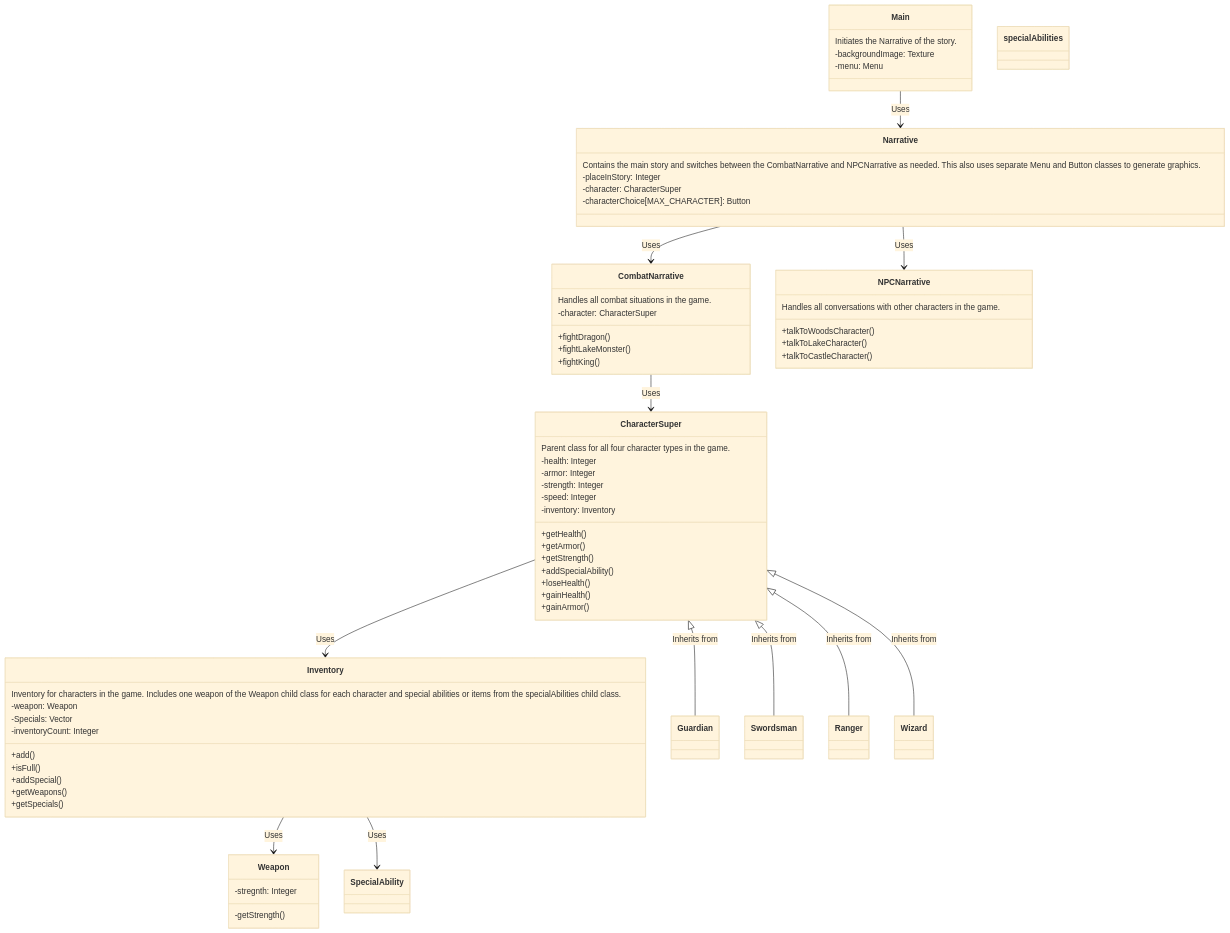
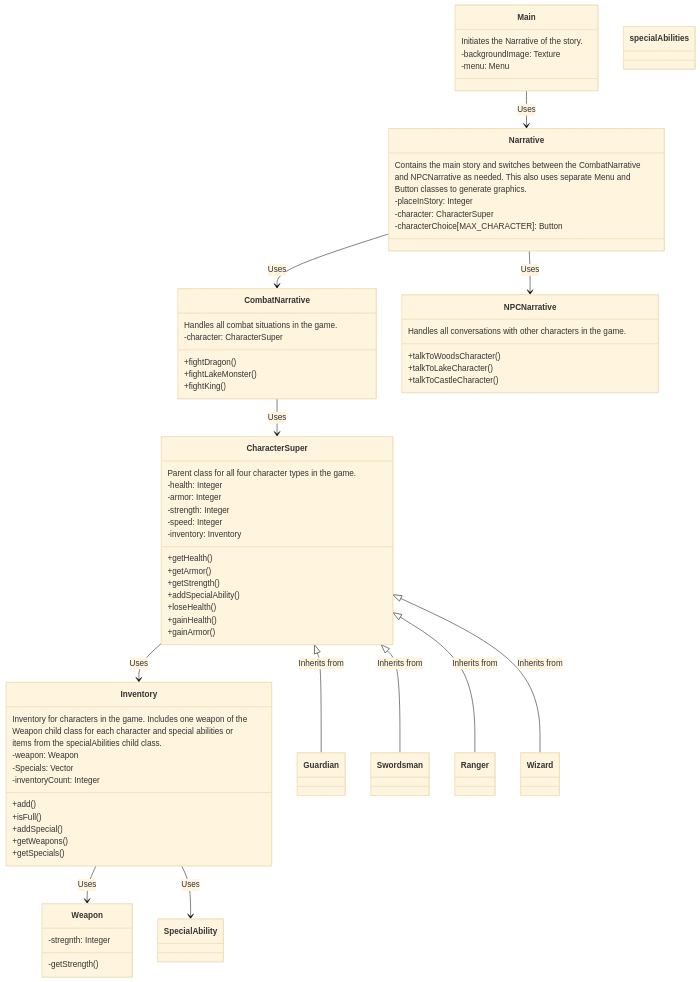
The first of 3 diagrams in README.md (Canada101/sd), drawn with Mermaid (base theme) before and after one commit. The commit also changed other lines of this file, not shown here.

Commit message:
few more adjustments to README. added link to sfml download.

````diff
--- a/README.md
+++ b/README.md
@@ -33,7 +36,9 @@
 ```mermaid
   classDiagram
     class Narrative {
-        Contains the main story and switches between the CombatNarrative and NPCNarrative as needed. This also uses separate Menu and Button classes to generate graphics.
+        Contains the main story and switches between the CombatNarrative
+         and NPCNarrative as needed. This also uses separate Menu and
+          Button classes to generate graphics.
         -placeInStory: Integer
         -character: CharacterSuper
         -characterChoice[MAX_CHARACTER]: Button
@@ -76,7 +81,9 @@
     }
 
     class Inventory{
-       Inventory for characters in the game. Includes one weapon of the Weapon child class for each character and special abilities or items from the specialAbilities child class.
+       Inventory for characters in the game. Includes one weapon of the
+        Weapon child class for each character and special abilities or
+         items from the specialAbilities child class.
         -weapon: Weapon
         -Specials: Vector
         -inventoryCount: Integer
````
